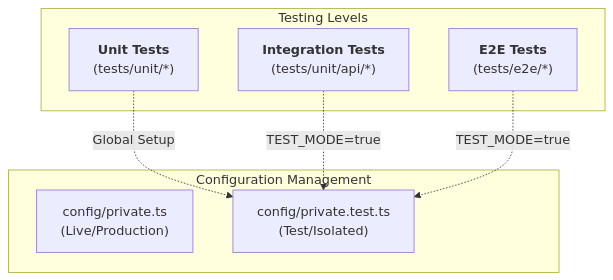
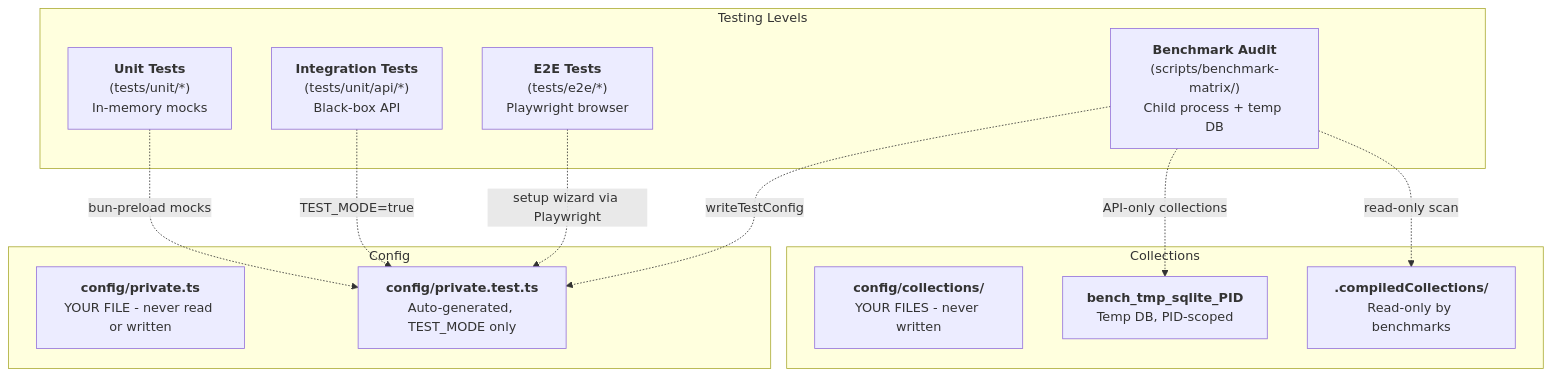
One commit to SveltyCMS/SveltyCMS changed the diagram in docs/tests/index.mdx. Above: the diagram before and after it, drawn with Mermaid. The commit also changed other lines of this file and 167 other files, not shown here.

````diff
--- a/docs/tests/index.mdx
+++ b/docs/tests/index.mdx
@@ -155,17 +163,27 @@
 ```mermaid
 graph TD
     subgraph "Testing Levels"
-        Unit["<b>Unit Tests</b><br/>(tests/unit/*)"]
-        Int["<b>Integration Tests</b><br/>(tests/unit/api/*)"]
-        E2E["<b>E2E Tests</b><br/>(tests/e2e/*)"]
+        Unit["<b>Unit Tests</b><br/>(tests/unit/*)<br/>In-memory mocks"]
+        Int["<b>Integration Tests</b><br/>(tests/unit/api/*)<br/>Black-box API"]
+        E2E["<b>E2E Tests</b><br/>(tests/e2e/*)<br/>Playwright browser"]
+        Bench["<b>Benchmark Audit</b><br/>(scripts/benchmark-matrix/)<br/>Child process + temp DB"]
     end
 
-    subgraph "Configuration Management"
-        PC["config/private.ts<br/>(Live/Production)"]
-        PT["config/private.test.ts<br/>(Test/Isolated)"]
+    subgraph "Config"
+        PC["<b>config/private.ts</b><br/>YOUR FILE - never read or written"]
+        PT["<b>config/private.test.ts</b><br/>Auto-generated, TEST_MODE only"]
     end
 
-    Unit -.-> |Global Setup| PT
+    subgraph "Collections"
+        UC["<b>config/collections/</b><br/>YOUR FILES - never written"]
+        CC["<b>.compiledCollections/</b><br/>Read-only by benchmarks"]
+        DB["<b>bench_tmp_sqlite_PID</b><br/>Temp DB, PID-scoped"]
+    end
+
+    Unit -.-> |bun-preload mocks| PT
     Int -.-> |TEST_MODE=true| PT
-    E2E -.-> |TEST_MODE=true| PT
+    E2E -.-> |setup wizard via Playwright| PT
+    Bench -.-> |writeTestConfig| PT
+    Bench -.-> |API-only collections| DB
+    Bench -.-> |read-only scan| CC
 ```
````
